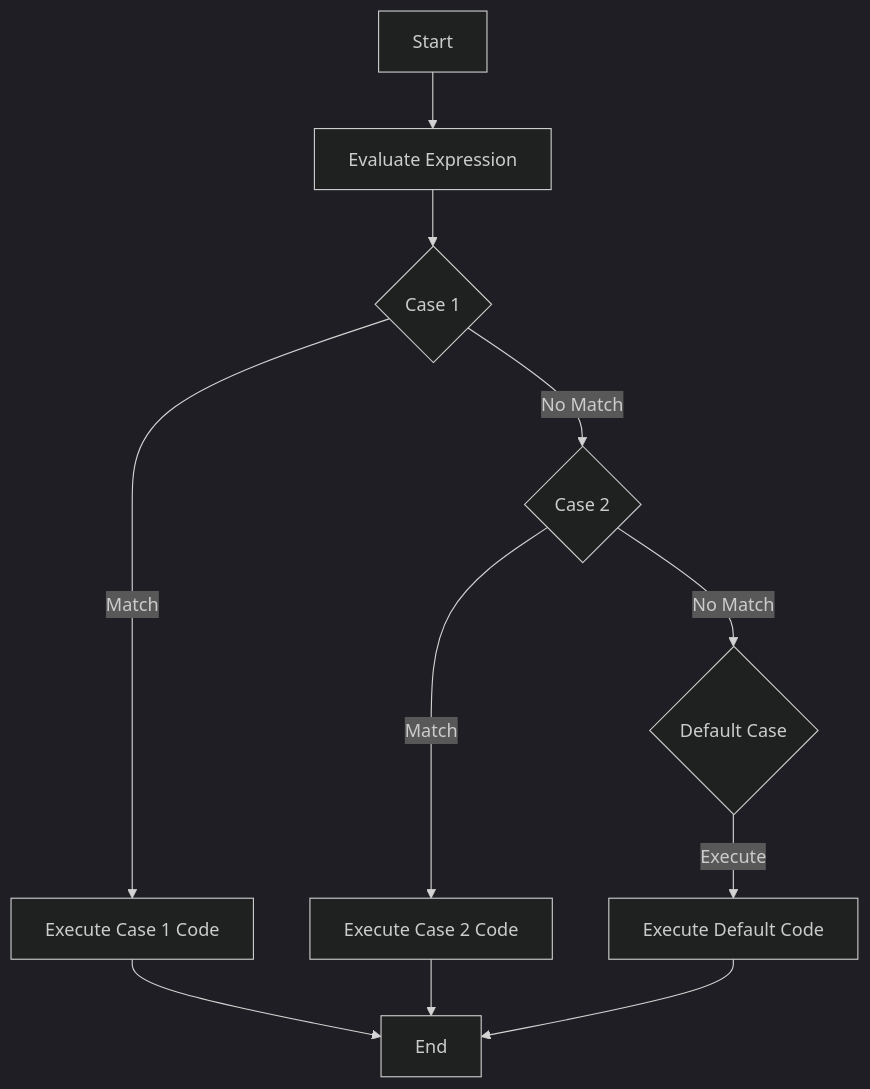
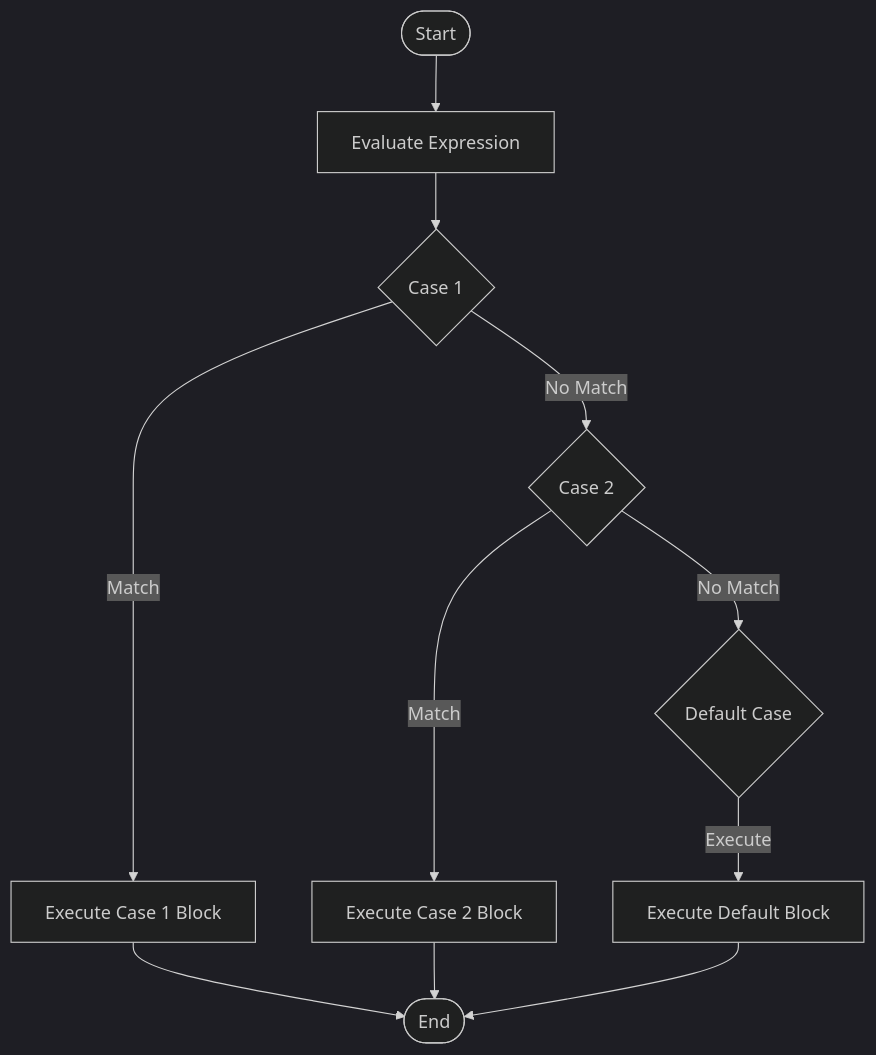
One commit to examdawn/content changed the ninth of 9 diagrams in NEP2020/2024/BCA/3rdsem/cs/solved/important/important-1.md. Above: the diagram before and after it, drawn with Mermaid (dark theme). The commit also changed other lines of this file, not shown here.

Commit message:
BCA: CS: Fix mermaid

````diff
--- a/NEP2020/2024/BCA/3rdsem/cs/solved/important/important-1.md
+++ b/NEP2020/2024/BCA/3rdsem/cs/solved/important/important-1.md
@@ -330,13 +330,13 @@
 ```mermaid
 graph TD
-    A[Start] --> B[Evaluate Expression]
+    A([Start]) --> B[Evaluate Expression]
     B --> C{Case 1}
-    C -- Match --> D[Execute Case 1 Code]
+    C -- Match --> D[Execute Case 1 Block]
     C -- No Match --> E{Case 2}
-    E -- Match --> F[Execute Case 2 Code]
+    E -- Match --> F[Execute Case 2 Block]
     E -- No Match --> G{Default Case}
-    G -- Execute --> H[Execute Default Code]
-    D --> I[End]
+    G -- Execute --> H[Execute Default Block]
+    D --> I([End])
     F --> I
     H --> I
 ```
````
